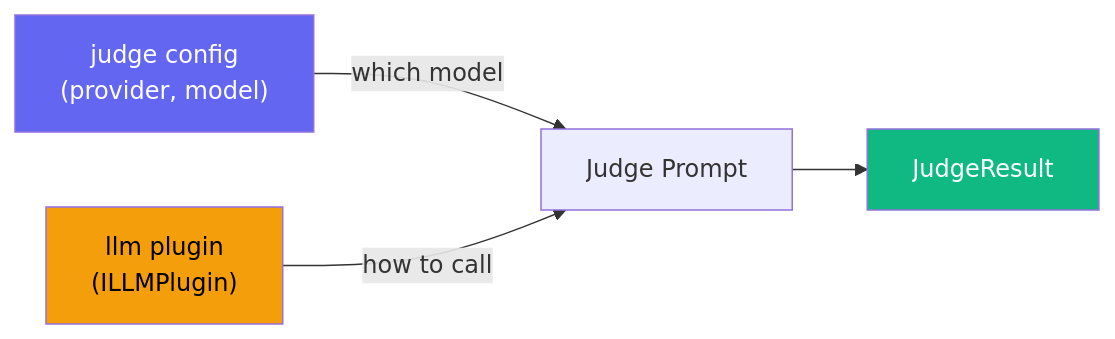
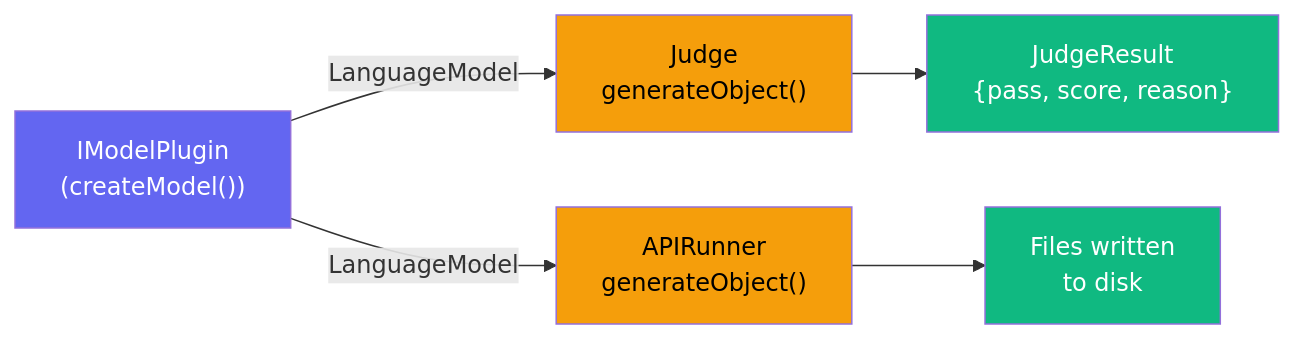
The diagram in apps/docs/guide/plugins-llm.md (Tlahey/agent-eval), drawn with Mermaid before and after one commit. The commit also changed other lines of this file and 25 other files, not shown here.

````diff
--- a/apps/docs/guide/plugins-llm.md
+++ b/apps/docs/guide/plugins-llm.md
@@ -199,10 +157,13 @@
 ```mermaid
 flowchart LR
-    JC["judge config<br/>(provider, model)"] --> |"which model"| JP["Judge Prompt"]
-    LP["llm plugin<br/>(ILLMPlugin)"] --> |"how to call"| JP
-    JP --> R["JudgeResult"]
+    MP["IModelPlugin<br/>(createModel())"] --> |"LanguageModel"| J["Judge<br/>generateObject()"]
+    MP --> |"LanguageModel"| AR["APIRunner<br/>generateObject()"]
+    J --> R["JudgeResult<br/>{pass, score, reason}"]
+    AR --> F["Files written<br/>to disk"]
 
-    style JC fill:#6366f1,color:#fff
-    style LP fill:#f59e0b,color:#000
+    style MP fill:#6366f1,color:#fff
+    style J fill:#f59e0b,color:#000
+    style AR fill:#f59e0b,color:#000
     style R fill:#10b981,color:#fff
+    style F fill:#10b981,color:#fff
 ```
````
